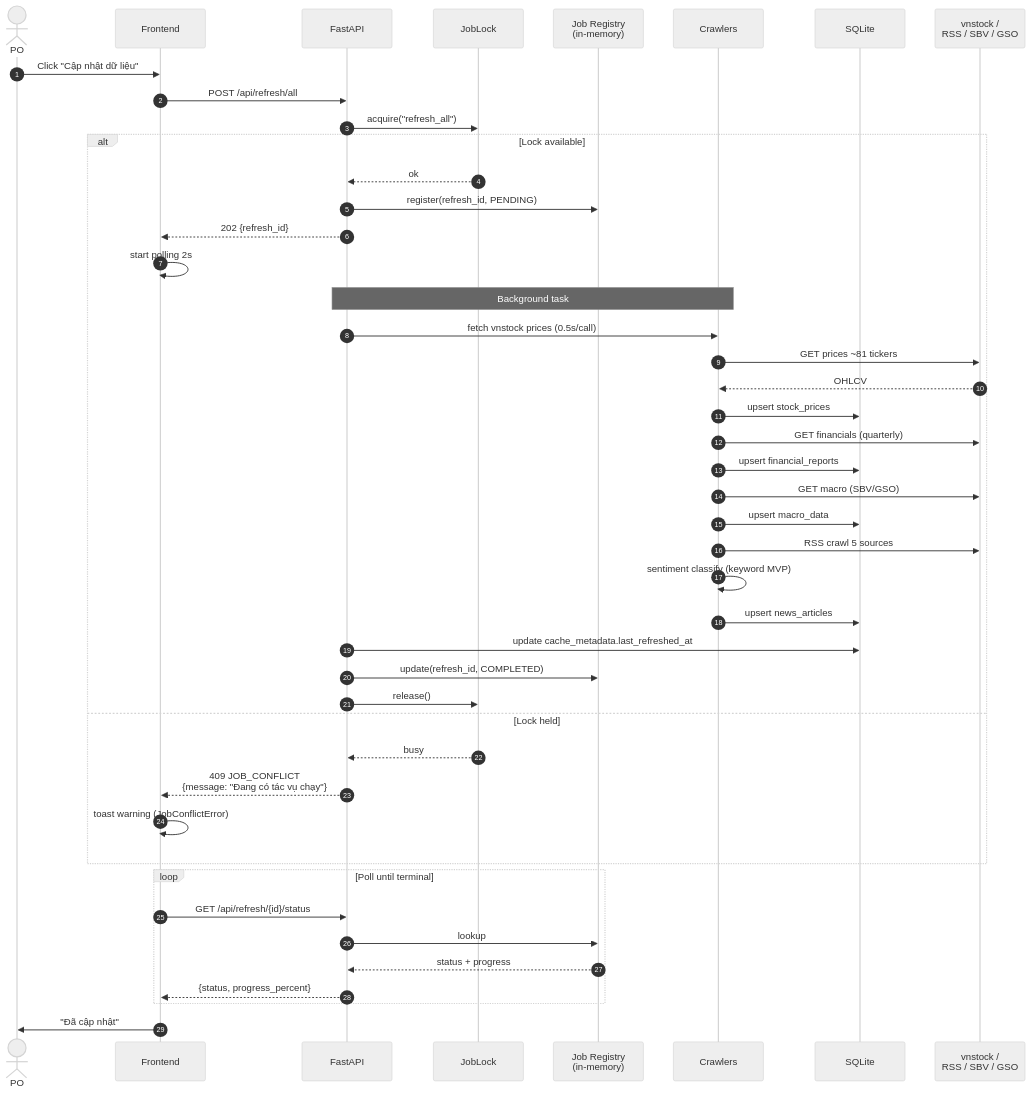
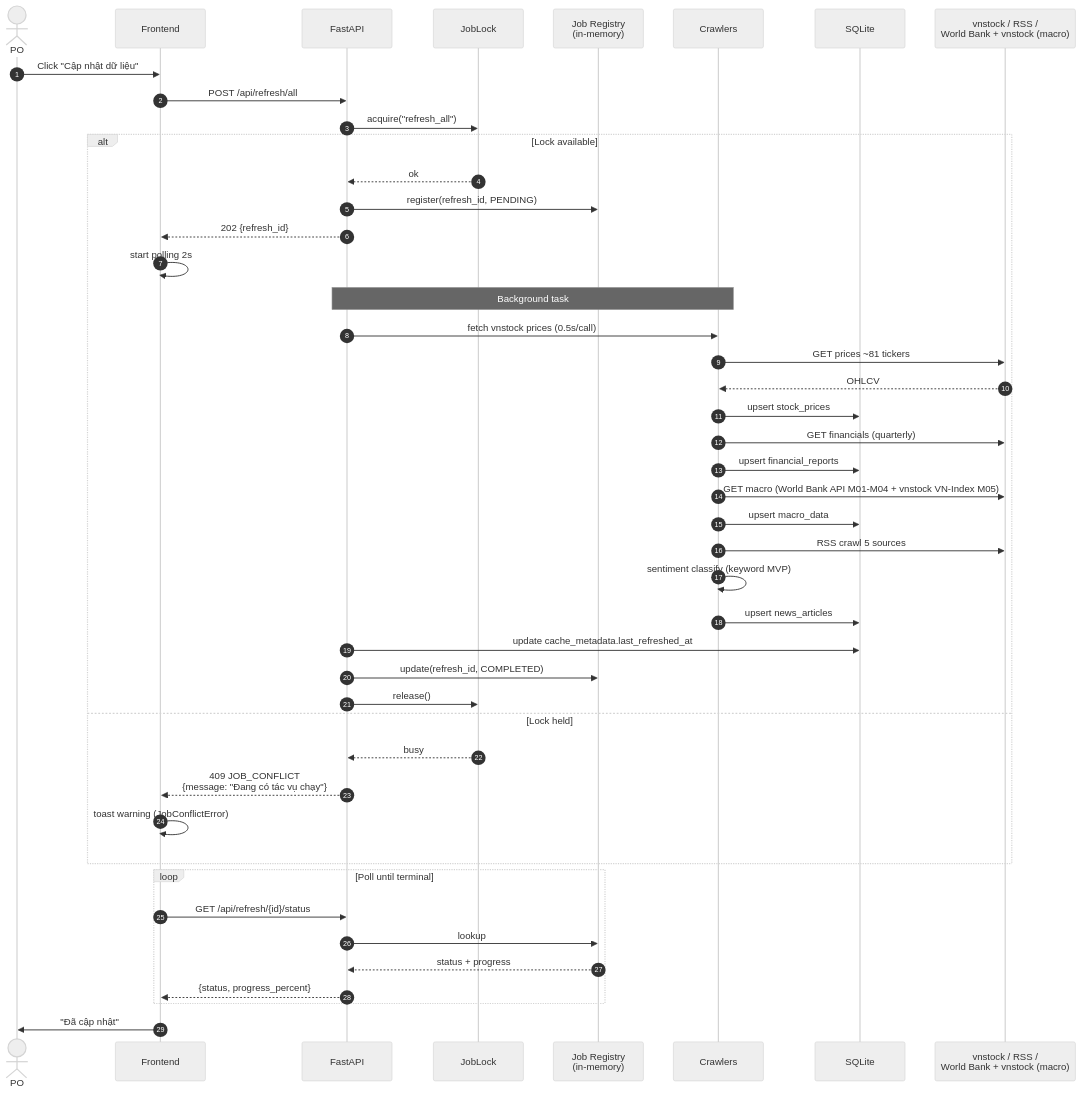
One commit to ngo-minh-tu/stock-v2 changed the second of 5 diagrams in docs/system-architecture/04-runtime-flows.md. Above: the diagram before and after it, drawn with Mermaid (neutral theme). The commit also changed 5 other files, not shown here.

First line of the commit message:
docs: reconcile system-architecture + TAD macro source to reality

````diff
--- a/docs/system-architecture/04-runtime-flows.md
+++ b/docs/system-architecture/04-runtime-flows.md
@@ -46,50 +46,50 @@
 ```mermaid
 sequenceDiagram
     autonumber
     actor PO
     participant FE as Frontend
     participant API as FastAPI
     participant Lock as JobLock
     participant Reg as Job Registry<br/>(in-memory)
     participant Crawl as Crawlers
     participant DB as SQLite
-    participant Ext as vnstock /<br/>RSS / SBV / GSO
+    participant Ext as vnstock / RSS /<br/>World Bank + vnstock (macro)
 
     PO->>FE: Click "Cập nhật dữ liệu"
     FE->>API: POST /api/refresh/all
     API->>Lock: acquire("refresh_all")
     alt Lock available
         Lock-->>API: ok
         API->>Reg: register(refresh_id, PENDING)
         API-->>FE: 202 {refresh_id}
         FE->>FE: start polling 2s
         Note over API,Crawl: Background task
         API->>Crawl: fetch vnstock prices (0.5s/call)
         Crawl->>Ext: GET prices ~81 tickers
         Ext-->>Crawl: OHLCV
         Crawl->>DB: upsert stock_prices
         Crawl->>Ext: GET financials (quarterly)
         Crawl->>DB: upsert financial_reports
-        Crawl->>Ext: GET macro (SBV/GSO)
+        Crawl->>Ext: GET macro (World Bank API M01-M04 + vnstock VN-Index M05)
         Crawl->>DB: upsert macro_data
         Crawl->>Ext: RSS crawl 5 sources
         Crawl->>Crawl: sentiment classify (keyword MVP)
         Crawl->>DB: upsert news_articles
         API->>DB: update cache_metadata.last_refreshed_at
         API->>Reg: update(refresh_id, COMPLETED)
         API->>Lock: release()
     else Lock held
         Lock-->>API: busy
         API-->>FE: 409 JOB_CONFLICT<br/>{message: "Đang có tác vụ chạy"}
         FE->>FE: toast warning (JobConflictError)
     end
 
     loop Poll until terminal
         FE->>API: GET /api/refresh/{id}/status
         API->>Reg: lookup
         Reg-->>API: status + progress
         API-->>FE: {status, progress_percent}
     end
 
     FE->>PO: "Đã cập nhật"
 ```
````
